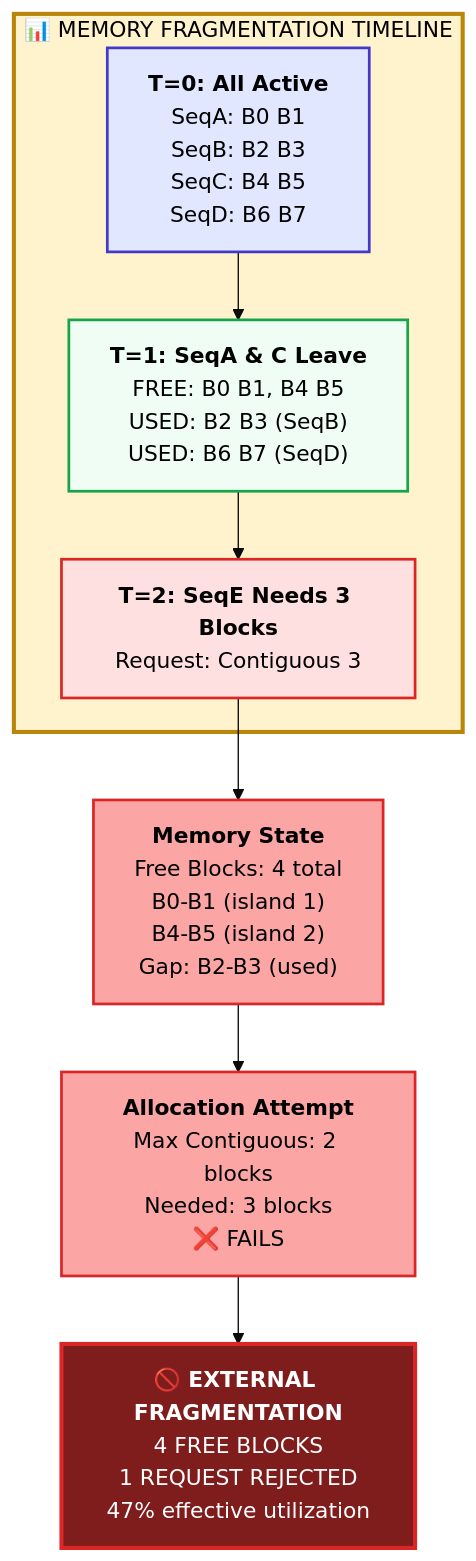
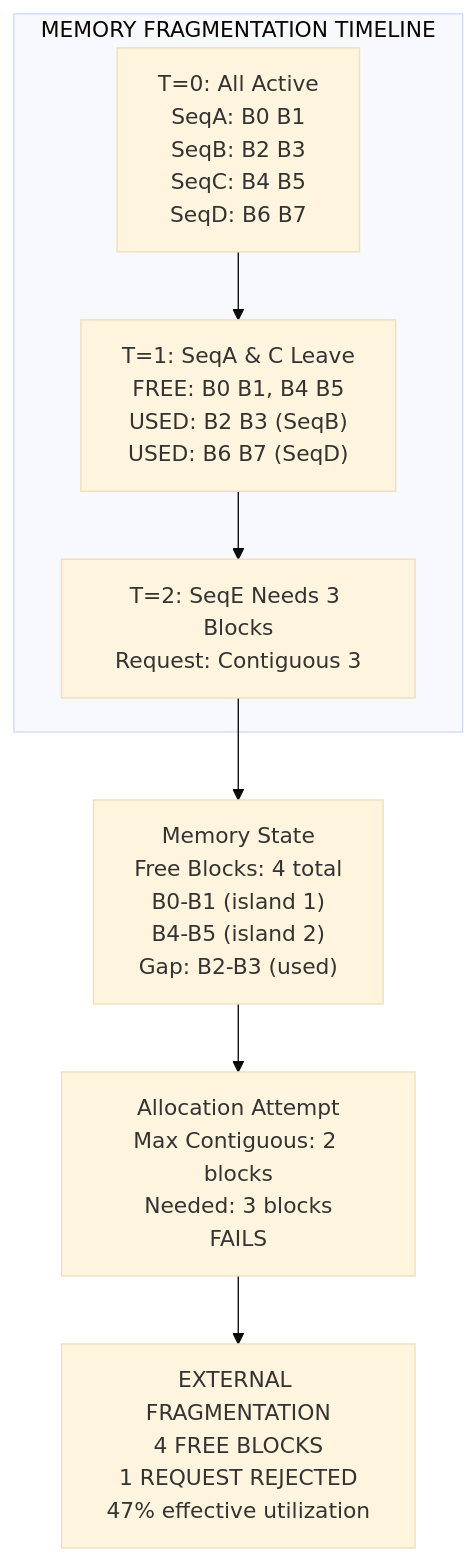
One commit to Shahriarin2garden/vllm_from_scratch changed the fourth of 9 diagrams in lab0.3/README.md. Above: the diagram before and after it, drawn with Mermaid (base theme). The commit also changed other lines of this file, not shown here.

Commit message:
Refactor mermaid diagrams in Lab 0.3 README for improved readability and consistency

````diff
--- a/lab0.3/README.md
+++ b/lab0.3/README.md
@@ -295,25 +275,17 @@
 ```mermaid
 graph TD
-    subgraph TIMELINE["📊 MEMORY FRAGMENTATION TIMELINE"]
-        T0["<b>T=0: All Active</b><br/>SeqA: B0 B1<br/>SeqB: B2 B3<br/>SeqC: B4 B5<br/>SeqD: B6 B7"]
-        T1["<b>T=1: SeqA & C Leave</b><br/>FREE: B0 B1, B4 B5<br/>USED: B2 B3 (SeqB)<br/>USED: B6 B7 (SeqD)"]
-        T2["<b>T=2: SeqE Needs 3 Blocks</b><br/>Request: Contiguous 3"]
+    subgraph TIMELINE["MEMORY FRAGMENTATION TIMELINE"]
+        T0["T=0: All Active<br/>SeqA: B0 B1<br/>SeqB: B2 B3<br/>SeqC: B4 B5<br/>SeqD: B6 B7"]
+        T1["T=1: SeqA & C Leave<br/>FREE: B0 B1, B4 B5<br/>USED: B2 B3 (SeqB)<br/>USED: B6 B7 (SeqD)"]
+        T2["T=2: SeqE Needs 3 Blocks<br/>Request: Contiguous 3"]
     end
     
-    FRAGSTAT["<b>Memory State</b><br/>Free Blocks: 4 total<br/>B0-B1 (island 1)<br/>B4-B5 (island 2)<br/>Gap: B2-B3 (used)"]
+    FRAGSTAT["Memory State<br/>Free Blocks: 4 total<br/>B0-B1 (island 1)<br/>B4-B5 (island 2)<br/>Gap: B2-B3 (used)"]
     
-    ATTEMPT["<b>Allocation Attempt</b><br/>Max Contiguous: 2 blocks<br/>Needed: 3 blocks<br/>❌ FAILS"]
+    ATTEMPT["Allocation Attempt<br/>Max Contiguous: 2 blocks<br/>Needed: 3 blocks<br/>FAILS"]
     
-    PROBLEM["<b style='color:#fff;font-size:14px'>🚫 EXTERNAL FRAGMENTATION</b><br/>4 FREE BLOCKS<br/>1 REQUEST REJECTED<br/>47% effective utilization"]
+    PROBLEM["EXTERNAL FRAGMENTATION<br/>4 FREE BLOCKS<br/>1 REQUEST REJECTED<br/>47% effective utilization"]
     
     T0 --> T1 --> T2 --> FRAGSTAT
     FRAGSTAT --> ATTEMPT --> PROBLEM
-    
-    style TIMELINE fill:#fff3cd,stroke:#b8860b,stroke-width:3px,color:#000
-    style FRAGSTAT fill:#fca5a5,color:#000,stroke:#dc2626,stroke-width:2px
-    style ATTEMPT fill:#fca5a5,color:#000,stroke:#dc2626,stroke-width:2px
-    style PROBLEM fill:#7f1d1d,color:#fff,stroke:#dc2626,stroke-width:3px
-    style T0 fill:#e0e7ff,color:#000,stroke:#4338ca,stroke-width:2px
-    style T1 fill:#f0fdf4,color:#000,stroke:#16a34a,stroke-width:2px
-    style T2 fill:#ffe0e0,color:#000,stroke:#dc2626,stroke-width:2px
 ```
````
